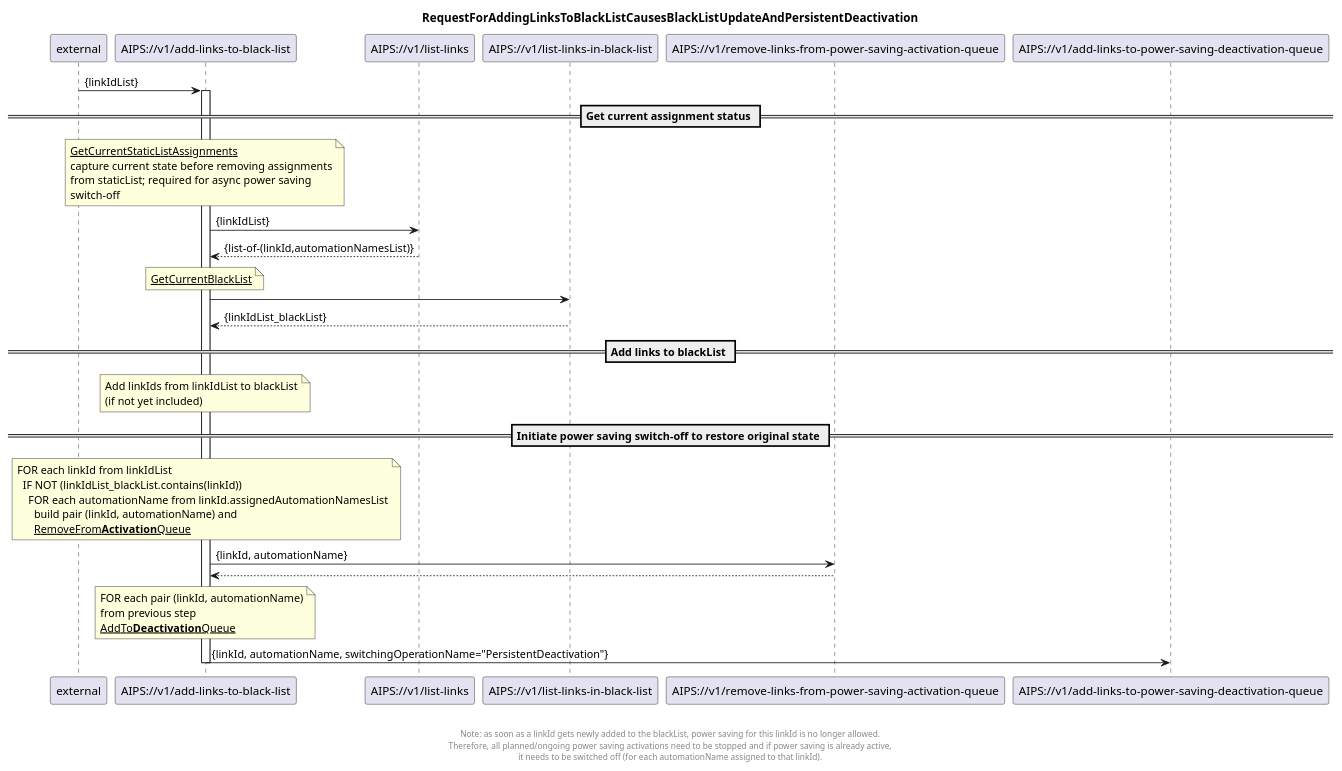
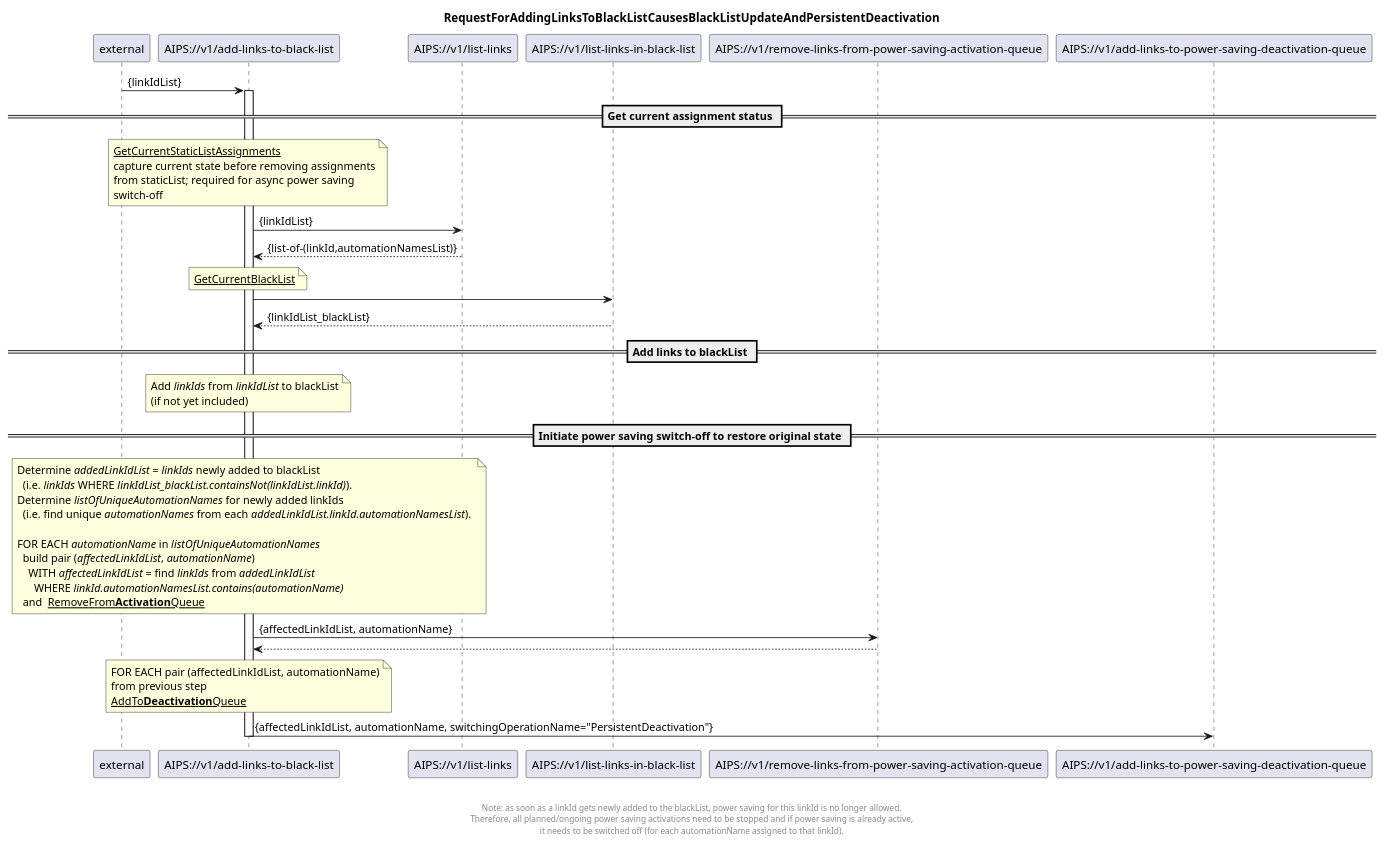
The diagram in spec/diagrams/01_AutomationManagement/b_complex services (initate restore)/120_addLinksToBlackList.plantuml (openBackhaul/AirInterfacePowerSaver), drawn with PlantUML before and after one commit. The commit also changed 3 other files, not shown here.

Commit message:
Module 01 diagrams updated

```diff
--- a/spec/diagrams/01_AutomationManagement/b_complex services (initate restore)/120_addLinksToBlackList.plantuml
+++ b/spec/diagrams/01_AutomationManagement/b_complex services (initate restore)/120_addLinksToBlackList.plantuml
@@ -1,76 +1,81 @@
 @startuml 120_addLinksToBlackList
 skinparam responseMessageBelowArrow true
 
 title
 RequestForAddingLinksToBlackListCausesBlackListUpdateAndPersistentDeactivation
 end title
 
 participant "external" as requestor
 participant "AIPS://v1/add-links-to-black-list" as addLinks
 participant "AIPS://v1/list-links" as listLinks
 participant "AIPS://v1/list-links-in-black-list" as listBlackList
 participant "AIPS://v1/remove-links-from-power-saving-activation-queue" as stopSimpleActivation
 participant "AIPS://v1/add-links-to-power-saving-deactivation-queue" as startPersistentDeactivation
 
 requestor -> addLinks: {linkIdList}
 activate addLinks
 
 == Get current assignment status ==
 
 'get current assignments from staticList
 note over addLinks
   <u>GetCurrentStaticListAssignments</u>
   capture current state before removing assignments
   from staticList; required for async power saving
   switch-off
 end note
 addLinks -> listLinks: {linkIdList}
 listLinks --> addLinks: {list-of-(linkId,automationNamesList)}
 
 'get current blackList
 note over addLinks
   <u>GetCurrentBlackList</u>
 end note
 addLinks -> listBlackList
 listBlackList --> addLinks: {linkIdList_blackList}
 
 == Add links to blackList ==
 
 'add links to blackList file
 note over addLinks
-  Add linkIds from linkIdList to blackList
+  Add <i>linkIds</i> from <i>linkIdList</i> to blackList
   (if not yet included)
 end note
 
 == Initiate power saving switch-off to restore original state ==
 
 'stop ongoing/planned power saving
 note over addLinks
-  FOR each linkId from linkIdList
-    IF NOT (linkIdList_blackList.contains(linkId))
-      FOR each automationName from linkId.assignedAutomationNamesList
-        build pair (linkId, automationName) and
-        <u>RemoveFrom<b>Activation</b>Queue</u>
+  Determine <i>addedLinkIdList</i> = <i>linkIds</i> newly added to blackList
+    (i.e. <i>linkIds</i> WHERE <i>linkIdList_blackList.containsNot(linkIdList.linkId)</i>).
+  Determine <i>listOfUniqueAutomationNames</i> for newly added linkIds
+    (i.e. find unique <i>automationNames</i> from each <i>addedLinkIdList.linkId.automationNamesList</i>). 
+
+  FOR EACH <i>automationName</i> in <i>listOfUniqueAutomationNames</i>
+    build pair (<i>affectedLinkIdList</i>, <i>automationName</i>)
+      WITH <i>affectedLinkIdList</i> = find <i>linkIds</i> from <i>addedLinkIdList</i>
+        WHERE <i>linkId.automationNamesList.contains(automationName)</i>    
+    and  <u>RemoveFrom<b>Activation</b>Queue</u>
 end note
-addLinks -> stopSimpleActivation: {linkId, automationName}
+addLinks -> stopSimpleActivation: {affectedLinkIdList, automationName}
 stopSimpleActivation --> addLinks
 
 'initiate persistentDeactivation to turn power saving off
 note over addLinks
-  FOR each pair (linkId, automationName)
+  FOR EACH pair (affectedLinkIdList, automationName)
   from previous step
   <u>AddTo<b>Deactivation</b>Queue</u>
 end note
-addLinks -> startPersistentDeactivation: {linkId, automationName, switchingOperationName="PersistentDeactivation"}
+addLinks -> startPersistentDeactivation: {affectedLinkIdList, automationName, switchingOperationName="PersistentDeactivation"}
 
 deactivate addLinks
 
 footer
 
 
   Note: as soon as a linkId gets newly added to the blackList, power saving for this linkId is no longer allowed.
   Therefore, all planned/ongoing power saving activations need to be stopped and if power saving is already active, 
   it needs to be switched off (for each automationName assigned to that linkId).
 end footer
 
 @enduml
```
